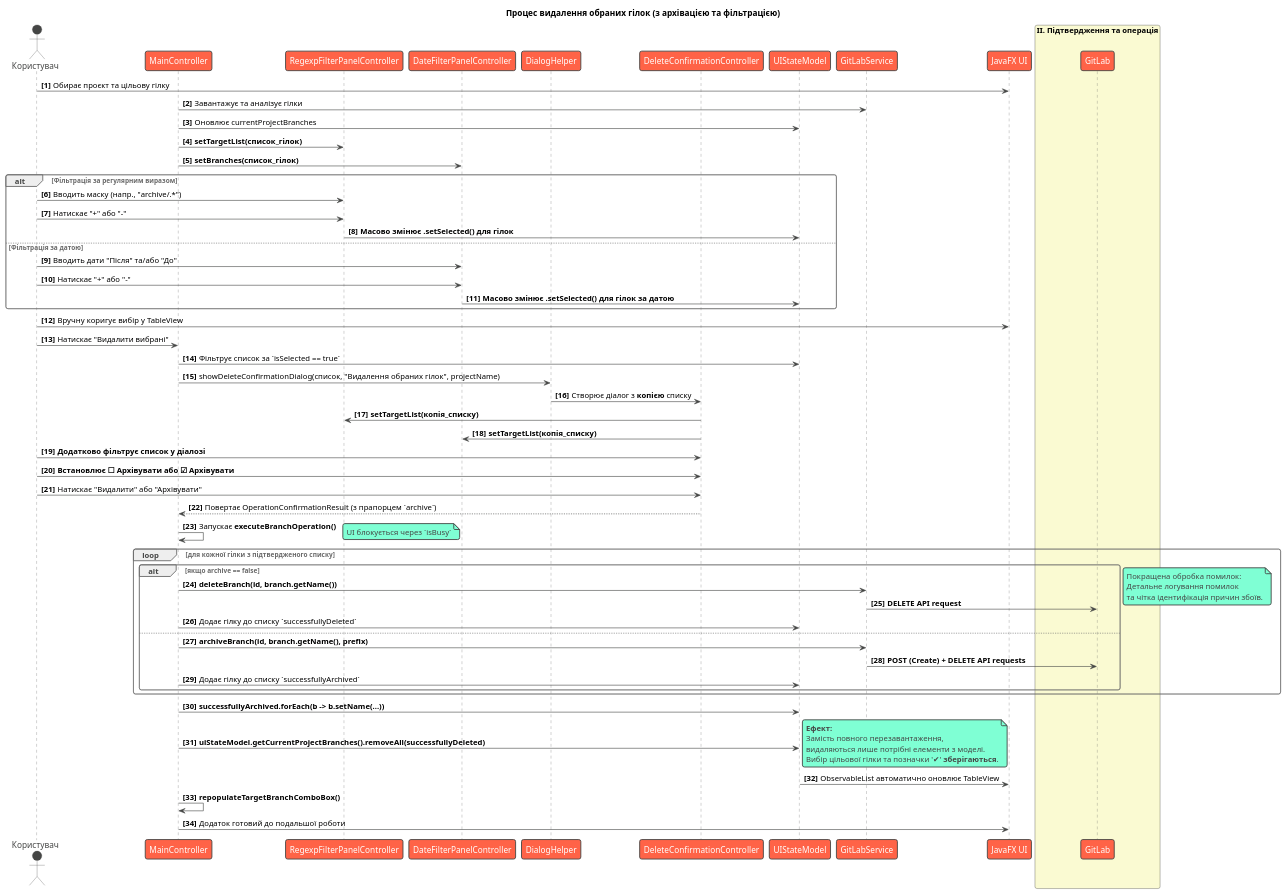
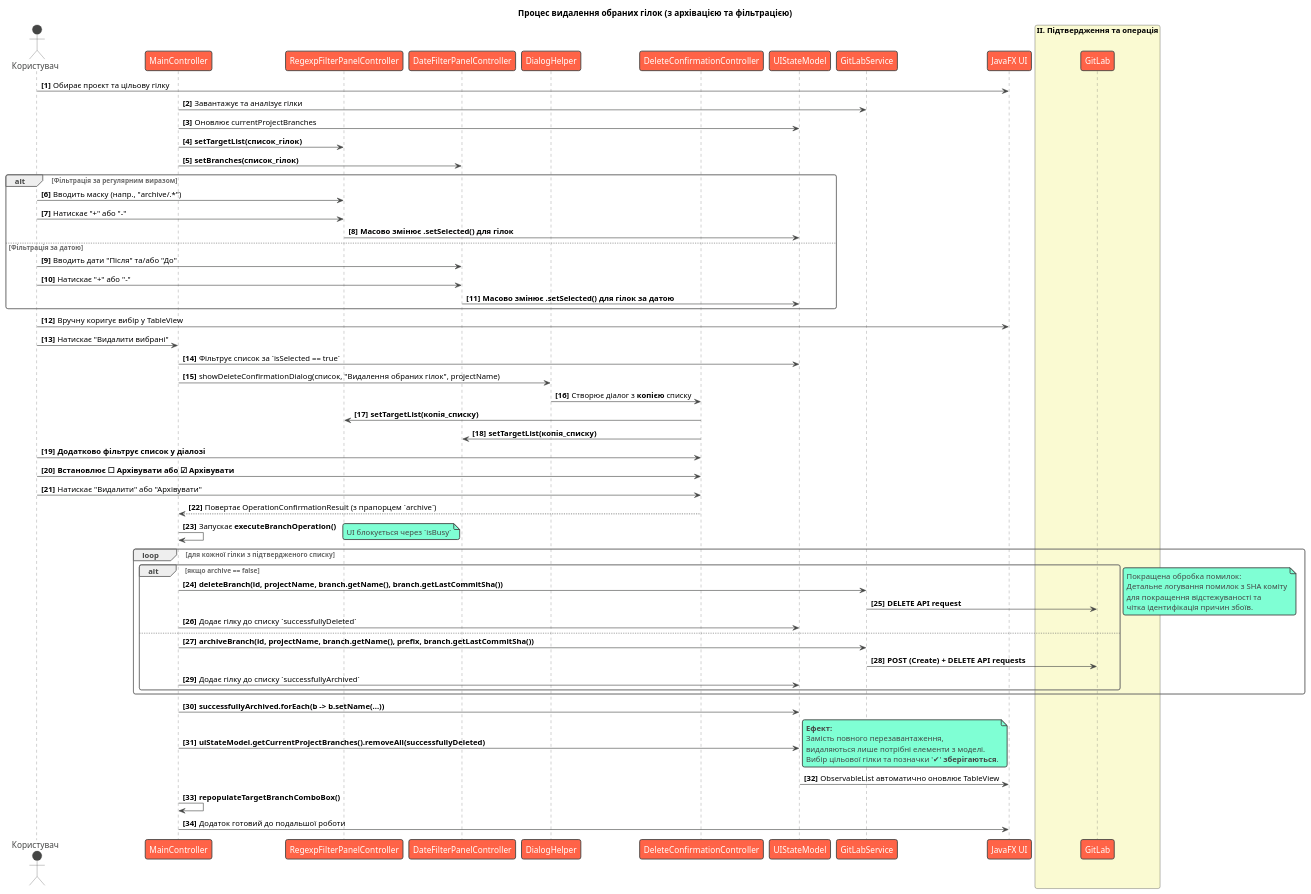
One commit to pashkazp/gitlaberfx changed the diagram in src/main/docs/delete_selected.puml. Above: the diagram before and after it, drawn with PlantUML. The commit also changed 17 other files, not shown here.

First line of the commit message:
Safe delete branch (#2)

```diff
--- a/src/main/docs/delete_selected.puml
+++ b/src/main/docs/delete_selected.puml
@@ -1,86 +1,87 @@
 @startuml
 !theme vibrant
 title Процес видалення обраних гілок (з архівацією та фільтрацією)
 
 actor Користувач as User
 participant "MainController" as Controller
 participant "RegexpFilterPanelController" as RegexpFilter
 participant "DateFilterPanelController" as DateFilter
 participant "DialogHelper" as Helper
 participant "DeleteConfirmationController" as Dialog
 participant "UIStateModel" as Model
 participant "GitLabService" as Service
 participant "JavaFX UI" as UI
 
 autonumber "<b>[0]"
 
 box "I. Підготовка та вибір" #LightCyan
     User -> UI: Обирає проєкт та цільову гілку
     Controller -> Service: Завантажує та аналізує гілки
     Controller -> Model: Оновлює currentProjectBranches
     Controller -> RegexpFilter: **setTargetList(список_гілок)**
     Controller -> DateFilter: **setBranches(список_гілок)**
 
     alt Фільтрація за регулярним виразом
         User -> RegexpFilter: Вводить маску (напр., "archive/.*")
         User -> RegexpFilter: Натискає "+" або "-"
         RegexpFilter -> Model: **Масово змінює .setSelected() для гілок**
     else Фільтрація за датою
         User -> DateFilter: Вводить дати "Після" та/або "До"
         User -> DateFilter: Натискає "+" або "-"
         DateFilter -> Model: **Масово змінює .setSelected() для гілок за датою**
     end
 
     User -> UI: Вручну коригує вибір у TableView
 end box
 
 box "II. Підтвердження та операція" #LightGoldenRodYellow
     User -> Controller: Натискає "Видалити вибрані"
     Controller -> Model: Фільтрує список за `isSelected == true`
     Controller -> Helper: showDeleteConfirmationDialog(список, "Видалення обраних гілок", projectName)
     Helper -> Dialog: Створює діалог з **копією** списку
     Dialog -> RegexpFilter: **setTargetList(копія_списку)**
     Dialog -> DateFilter: **setTargetList(копія_списку)**
 
     User -> Dialog: **Додатково фільтрує список у діалозі**
     User -> Dialog: **Встановлює ☐ Архівувати або ☑ Архівувати**
     User -> Dialog: Натискає "Видалити" або "Архівувати"
     Dialog --> Controller: Повертає OperationConfirmationResult (з прапорцем `archive`)
 
     Controller -> Controller: Запускає **executeBranchOperation()**
     note right: UI блокується через `isBusy`
     loop для кожної гілки з підтвердженого списку
         alt якщо archive == false
-            Controller -> Service: **deleteBranch(id, branch.getName())**
+            Controller -> Service: **deleteBranch(id, projectName, branch.getName(), branch.getLastCommitSha())**
             Service -> GitLab: **DELETE API request**
             Controller -> Model: Додає гілку до списку `successfullyDeleted`
         else
-            Controller -> Service: **archiveBranch(id, branch.getName(), prefix)**
+            Controller -> Service: **archiveBranch(id, projectName, branch.getName(), prefix, branch.getLastCommitSha())**
             Service -> GitLab: **POST (Create) + DELETE API requests**
             Controller -> Model: Додає гілку до списку `successfullyArchived`
         end
         note right
             Покращена обробка помилок:
-            Детальне логування помилок
-            та чітка ідентифікація причин збоїв.
+            Детальне логування помилок з SHA коміту
+            для покращення відстежуваності та
+            чітка ідентифікація причин збоїв.
         end note
     end
 end box
 
 box "III. Елегантне оновлення UI" #LightGreen
     Controller -> Model: **successfullyArchived.forEach(b -> b.setName(...))**
     Controller -> Model: **uiStateModel.getCurrentProjectBranches().removeAll(successfullyDeleted)**
     note right
         **Ефект:**
         Замість повного перезавантаження,
         видаляються лише потрібні елементи з моделі.
         Вибір цільової гілки та позначки '✔' **зберігаються**.
     end note
 
     Model -> UI: ObservableList автоматично оновлює TableView
     Controller -> Controller: **repopulateTargetBranchComboBox()**
 
     Controller -> UI: Додаток готовий до подальшої роботи
 end box
 
 @enduml
```
